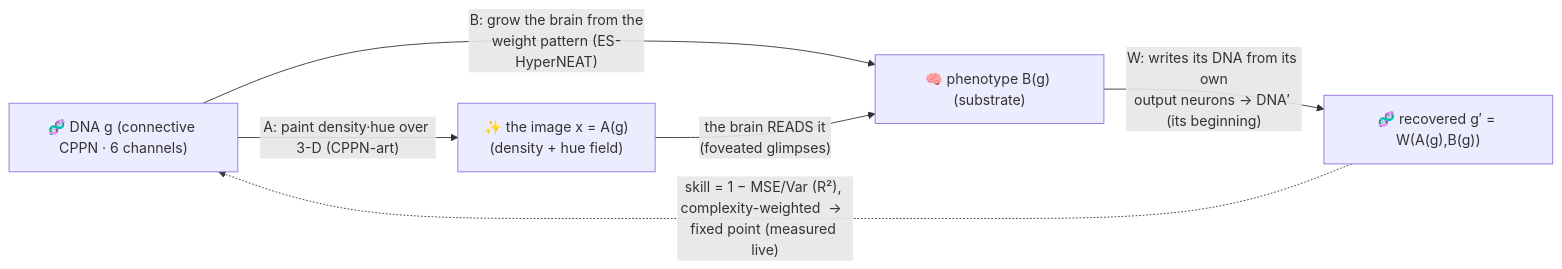
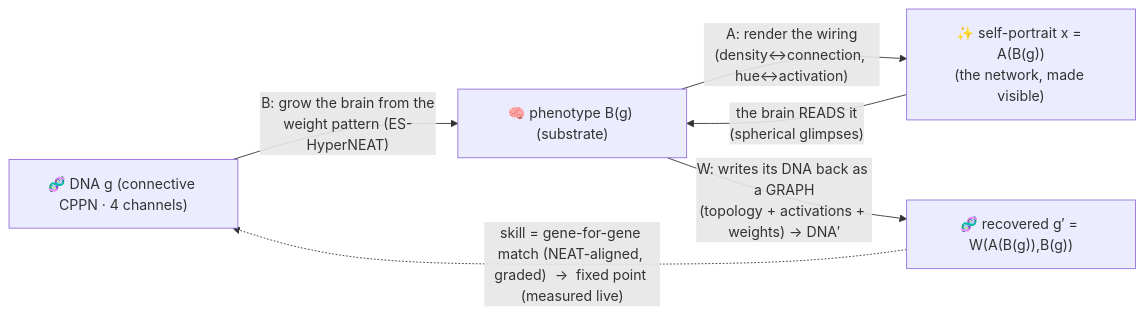
The diagram in docs/WHITEPAPER.md (admiralakber/autograph), drawn with Mermaid before and after one commit. The commit also changed other lines of this file, not shown here.

Commit message:
docs(v10): reconcile WHITEPAPER to the structural self-write (von Neumann; portrait=network; graph write; spherical; honest structural numbers + v10 ablation; CPPN 4ch)

````diff
--- a/docs/WHITEPAPER.md
+++ b/docs/WHITEPAPER.md
@@ -77,8 +77,8 @@
 ```mermaid
 flowchart LR
-  G["🧬 DNA g (connective CPPN · 6 channels)"] -->|"A: paint density·hue over 3-D (CPPN-art)"| X["✨ the image x = A(g)<br/>(density + hue field)"]
-  G -->|"B: grow the brain from the<br/>weight pattern (ES-HyperNEAT)"| P["🧠 phenotype B(g) (substrate)"]
-  X -->|"the brain READS it<br/>(foveated glimpses)"| P
-  P -->|"W: writes its DNA from its own<br/>output neurons → DNA′ (its beginning)"| G2["🧬 recovered g′ = W(A(g),B(g))"]
-  G2 -. "skill = 1 − MSE/Var (R²), complexity-weighted  →  fixed point (measured live)" .-> G
+  G["🧬 DNA g (connective CPPN · 4 channels)"] -->|"B: grow the brain from the<br/>weight pattern (ES-HyperNEAT)"| P["🧠 phenotype B(g) (substrate)"]
+  P -->|"A: render the wiring<br/>(density↔connection, hue↔activation)"| X["✨ self-portrait x = A(B(g))<br/>(the network, made visible)"]
+  X -->|"the brain READS it<br/>(spherical glimpses)"| P
+  P -->|"W: writes its DNA back as a GRAPH<br/>(topology + activations + weights) → DNA′"| G2["🧬 recovered g′ = W(A(B(g)),B(g))"]
+  G2 -. "skill = gene-for-gene match (NEAT-aligned, graded)  →  fixed point (measured live)" .-> G
 ```
````
